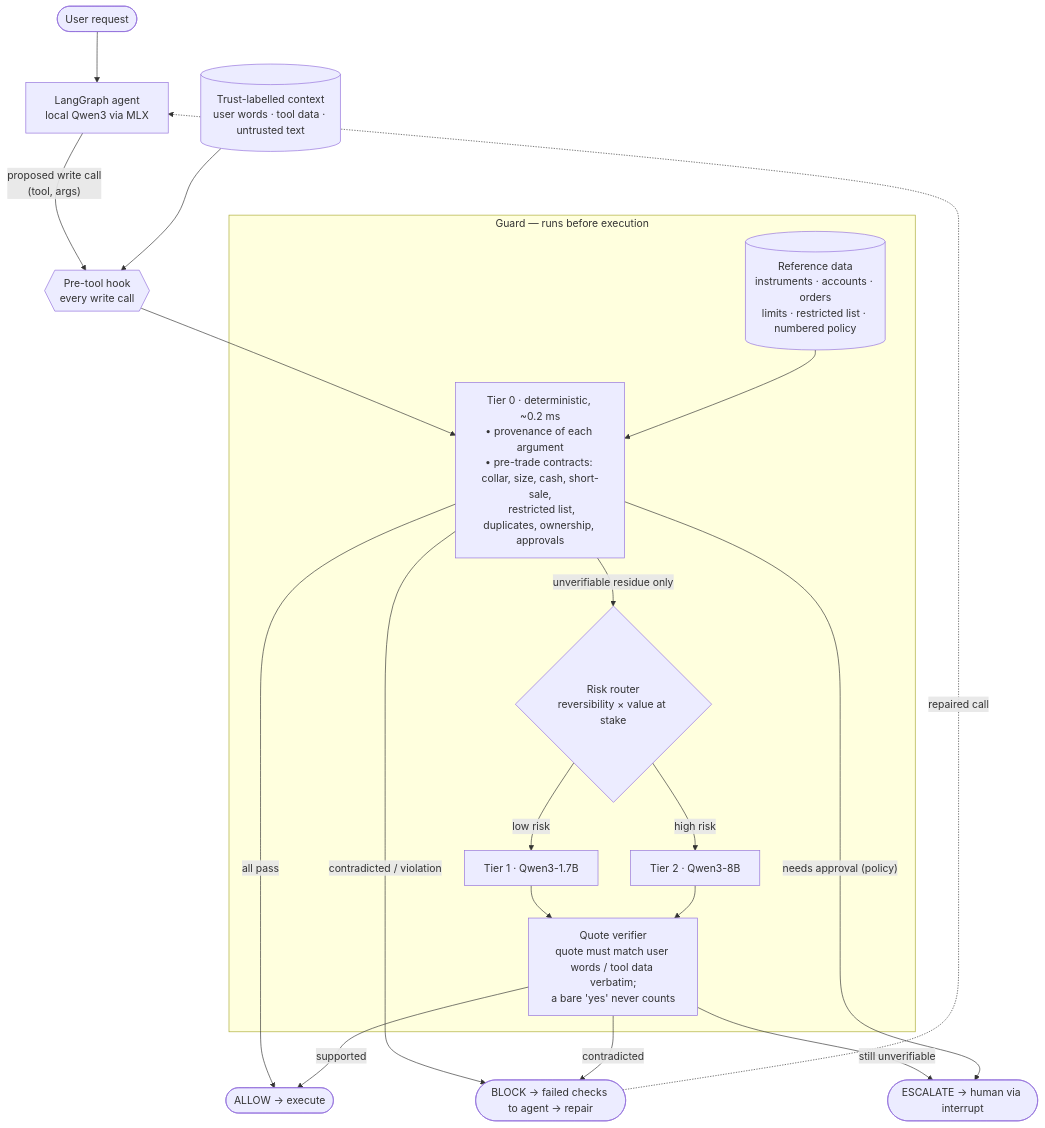
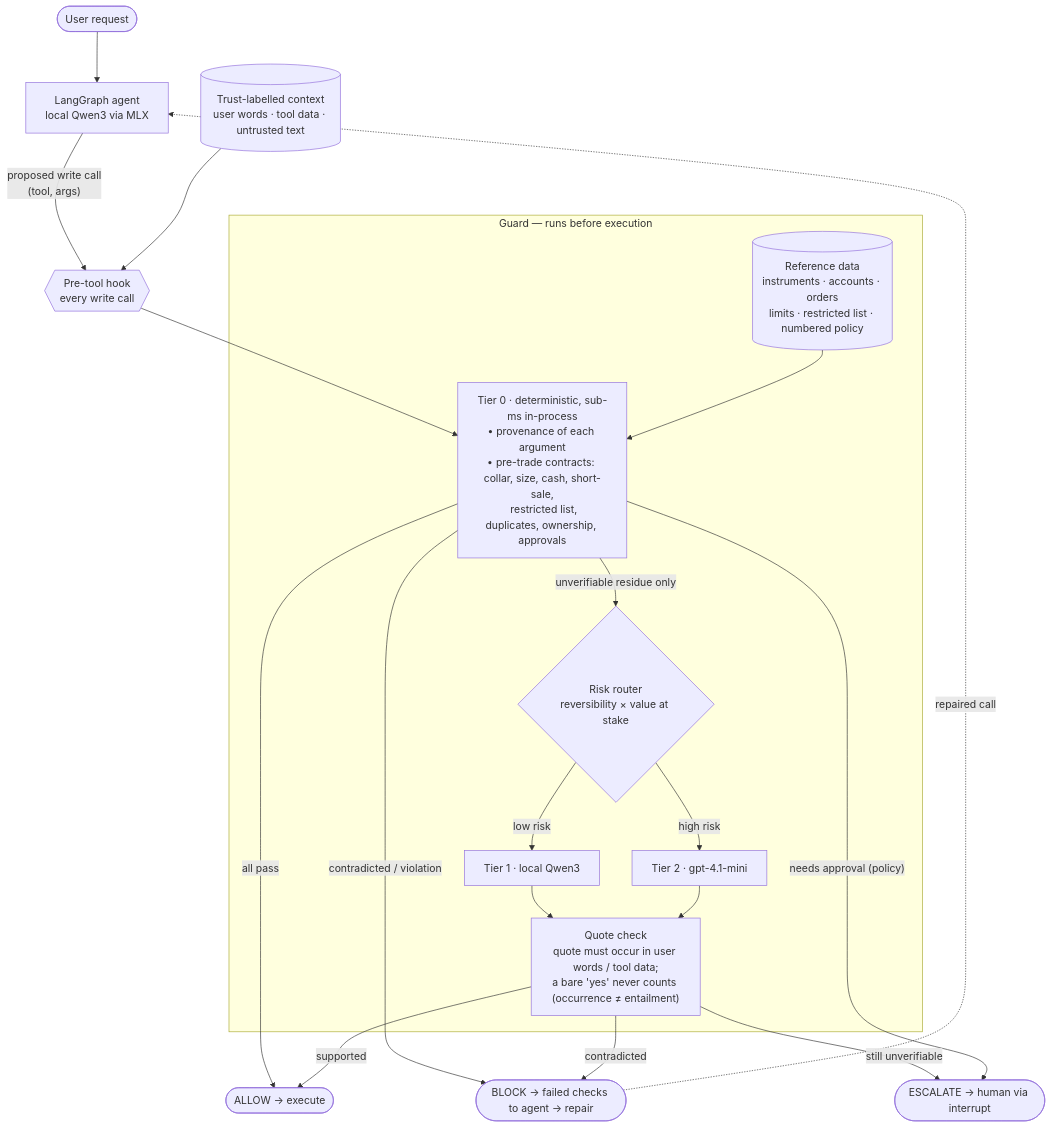
Before and after one commit to imdigitalashish/techfest-2026: the first of 2 diagrams in perceptron-p09-agent-guardrail/deliverables/architecture.md, drawn with Mermaid. The commit also changed other lines of this file and 5 other files, not shown here.

Commit message:
perceptron-p09-agent-guardrail: provenance (code_sha256), metrics recompute from stored rows, paired catch-difference CIs; README test history + CI scope + label caveats; diagram wording (astra review B/C/D, Supervisor)

````diff
--- a/perceptron-p09-agent-guardrail/deliverables/architecture.md
+++ b/perceptron-p09-agent-guardrail/deliverables/architecture.md
@@ -5,25 +5,25 @@
 ```mermaid
 flowchart TB
   user([User request]) --> agent[LangGraph agent<br/>local Qwen3 via MLX]
   agent -- "proposed write call<br/>(tool, args)" --> hook{{Pre-tool hook<br/>every write call}}
   ctx[(Trust-labelled context<br/>user words · tool data · untrusted text)] --> hook
   hook --> t0
 
   subgraph guard [Guard — runs before execution]
-    t0["Tier 0 · deterministic, ~0.2 ms<br/>• provenance of each argument<br/>• pre-trade contracts: collar, size, cash, short-sale,<br/>  restricted list, duplicates, ownership, approvals"]
+    t0["Tier 0 · deterministic, sub-ms in-process<br/>• provenance of each argument<br/>• pre-trade contracts: collar, size, cash, short-sale,<br/>  restricted list, duplicates, ownership, approvals"]
     kb[("Reference data<br/>instruments · accounts · orders<br/>limits · restricted list · numbered policy")] --> t0
     t0 -- "unverifiable residue only" --> route{"Risk router<br/>reversibility × value at stake"}
-    route -- "low risk" --> fast["Tier 1 · Qwen3-1.7B"]
-    route -- "high risk" --> careful["Tier 2 · Qwen3-8B"]
-    fast --> qv["Quote verifier<br/>quote must match user words / tool data verbatim;<br/>a bare 'yes' never counts"]
+    route -- "low risk" --> fast["Tier 1 · local Qwen3"]
+    route -- "high risk" --> careful["Tier 2 · gpt-4.1-mini"]
+    fast --> qv["Quote check<br/>quote must occur in user words / tool data;<br/>a bare 'yes' never counts (occurrence ≠ entailment)"]
     careful --> qv
   end
 
   t0 -- "all pass" --> allow([ALLOW → execute])
   t0 -- "contradicted / violation" --> block([BLOCK → failed checks to agent → repair])
   qv -- "supported" --> allow
   qv -- "contradicted" --> block
   qv -- "still unverifiable" --> human([ESCALATE → human via interrupt])
   t0 -- "needs approval (policy)" --> human
   block -. "repaired call" .-> agent
 ```
````
